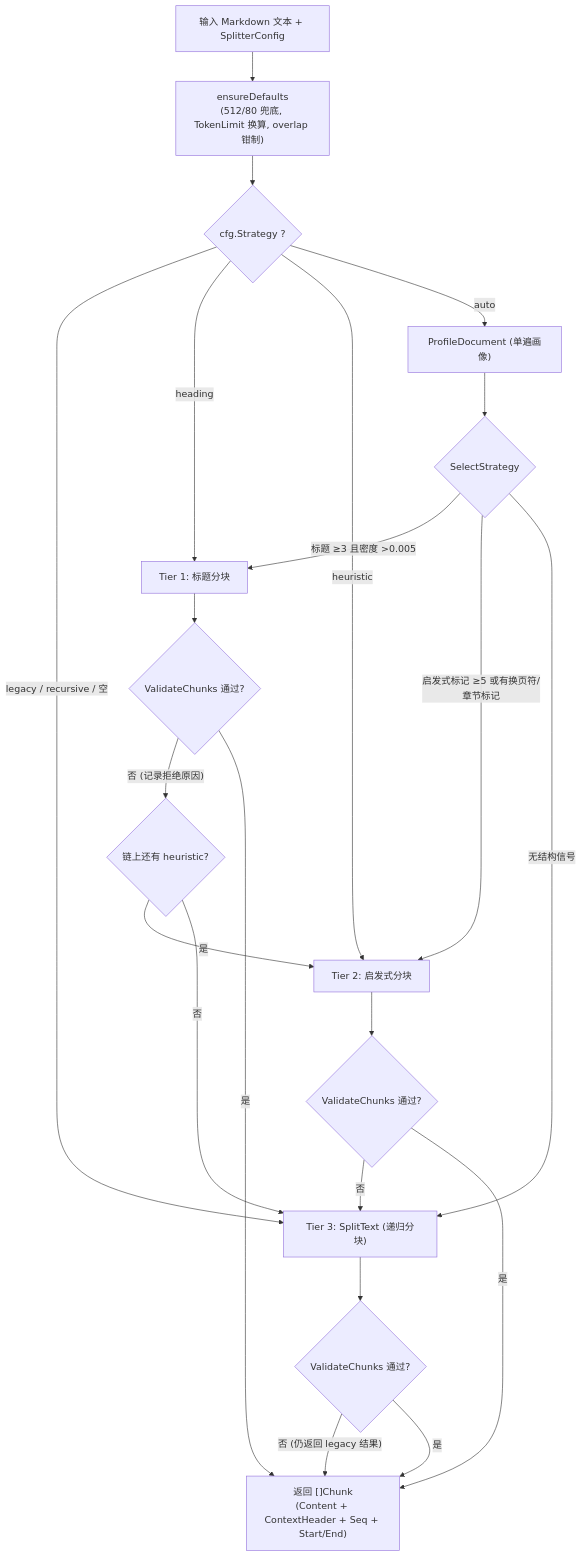
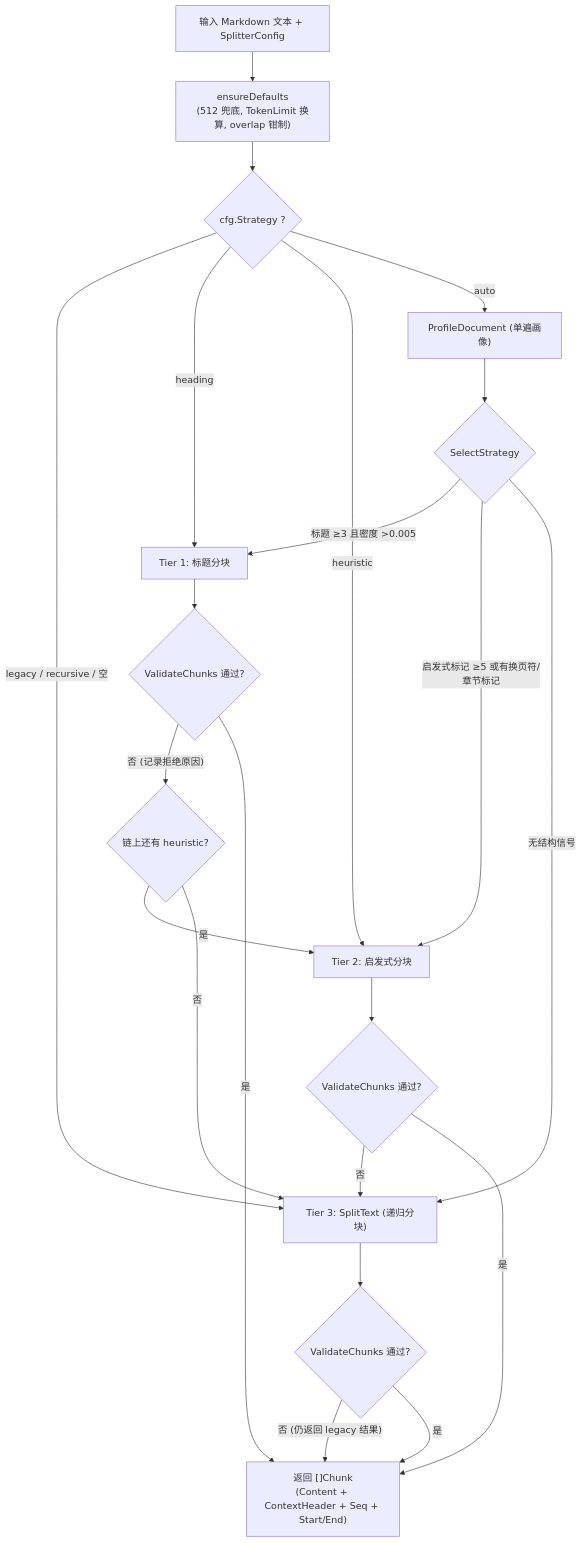
Before and after one commit to magicyuan876/Yuheng: the first of 2 diagrams in website-docs/03-features/04-chunking.md, drawn with Mermaid. The commit also changed other lines of this file and 22 other files, not shown here.

````diff
--- a/website-docs/03-features/04-chunking.md
+++ b/website-docs/03-features/04-chunking.md
@@ -151,24 +153,24 @@
 ```mermaid
 flowchart TD
-    A["输入 Markdown 文本 + SplitterConfig"] --> B["ensureDefaults<br/>(512/80 兜底, TokenLimit 换算, overlap 钳制)"]
+    A["输入 Markdown 文本 + SplitterConfig"] --> B["ensureDefaults<br/>(512 兜底, TokenLimit 换算, overlap 钳制)"]
     B --> C{"cfg.Strategy ?"}
     C -->|"legacy / recursive / 空"| L["Tier 3: SplitText (递归分块)"]
     C -->|"heading"| H1["Tier 1: 标题分块"]
     C -->|"heuristic"| H2["Tier 2: 启发式分块"]
     C -->|"auto"| P["ProfileDocument (单遍画像)"]
     P --> S{"SelectStrategy"}
     S -->|"标题 ≥3 且密度 >0.005"| H1
     S -->|"启发式标记 ≥5 或有换页符/章节标记"| H2
     S -->|"无结构信号"| L
     H1 --> V1{"ValidateChunks 通过?"}
     V1 -->|"否 (记录拒绝原因)"| H2X{"链上还有 heuristic?"}
     H2X -->|"是"| H2
     H2X -->|"否"| L
     H2 --> V2{"ValidateChunks 通过?"}
     V2 -->|"否"| L
     L --> V3{"ValidateChunks 通过?"}
     V3 -->|"否 (仍返回 legacy 结果)"| OUT
     V1 -->|"是"| OUT["返回 []Chunk<br/>(Content + ContextHeader + Seq + Start/End)"]
     V2 -->|"是"| OUT
     V3 -->|"是"| OUT
 ```
````
